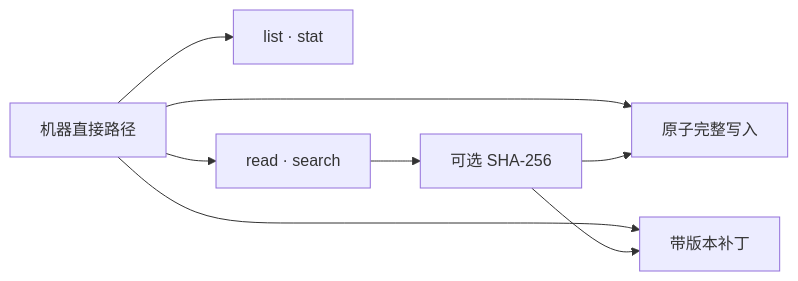
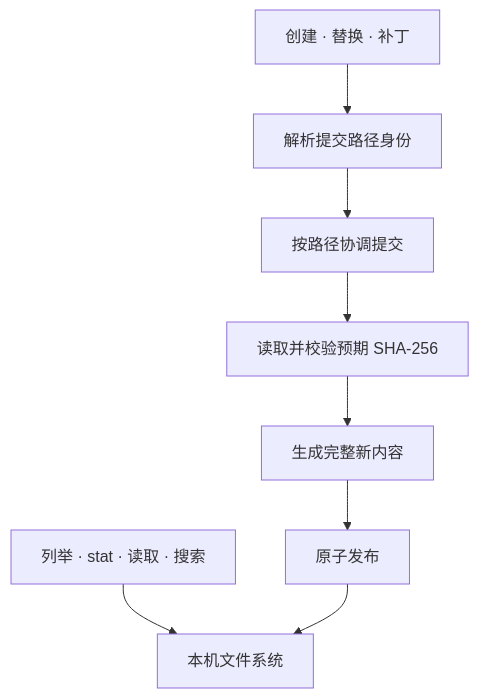
One commit to hicancan/local-runtime-mcp changed the fourth of 7 diagrams in README.zh-CN.md. Above: the diagram before and after it, drawn with Mermaid. The commit also changed other lines of this file and 65 other files, not shown here.

````diff
--- a/README.zh-CN.md
+++ b/README.zh-CN.md
@@ -169,10 +148,10 @@
 ```mermaid
-flowchart LR
-    PATH[机器直接路径] --> DISCOVER[list · stat]
-    PATH --> OBSERVE[read · search]
-    PATH --> WRITE[原子完整写入]
-    PATH --> PATCH[带版本补丁]
-    OBSERVE --> HASH[可选 SHA-256]
-    HASH --> WRITE
-    HASH --> PATCH
+flowchart TB
+    Read[列举 · stat · 读取 · 搜索] --> Files[本机文件系统]
+    Write[创建 · 替换 · 补丁] --> Path[解析提交路径身份]
+    Path --> Lock[按路径协调提交]
+    Lock --> Version[读取并校验预期 SHA-256]
+    Version --> Build[生成完整新内容]
+    Build --> Commit[原子发布]
+    Commit --> Files
 ```
````
